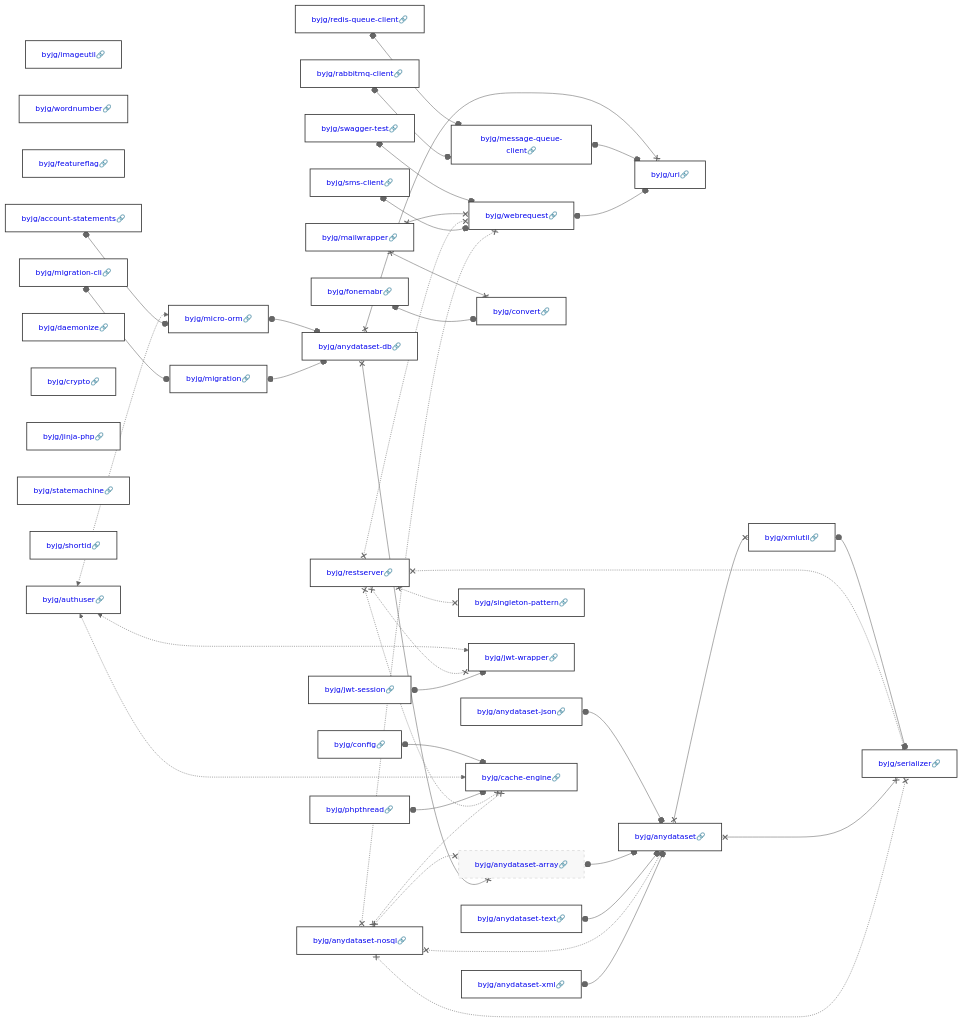
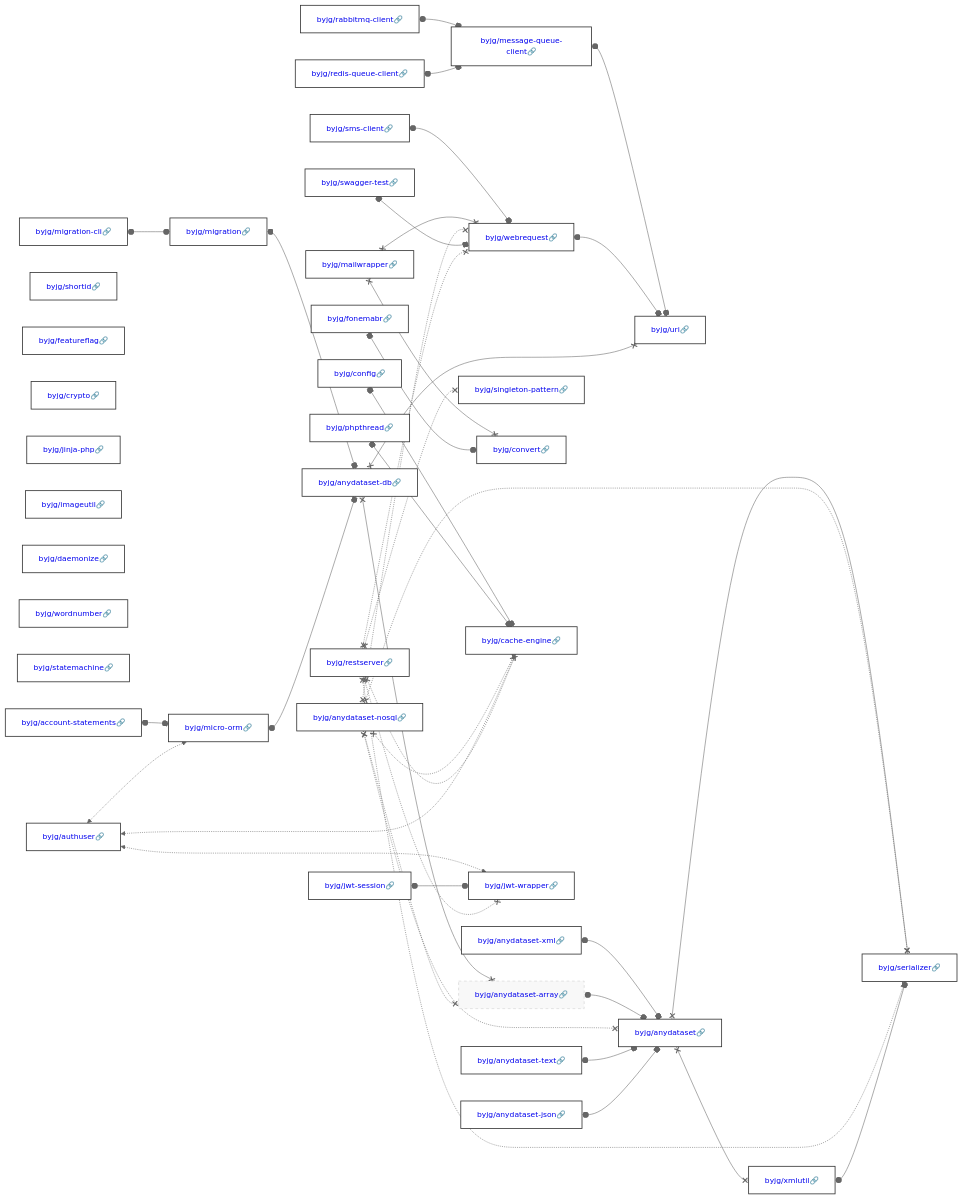
The diagram in docs/php/README.md (byjg/byjg.github.io), drawn with Mermaid (neutral theme) before and after one commit. The commit also changed other lines of this file, not shown here.

Commit message:
Update documentation 'php' 'php-restserver'

````diff
--- a/docs/php/README.md
+++ b/docs/php/README.md
@@ -3,82 +3,82 @@
 ```mermaid
 graph LR;
+  byjg/account-statements[<a href='https://opensource.byjg.com/docs/php/account-statements' style='text-decoration:none'>byjg/account-statements🔗</a>];
+  byjg/jwt-session[<a href='https://opensource.byjg.com/docs/php/jwt-session' style='text-decoration:none'>byjg/jwt-session🔗</a>];
+  byjg/mailwrapper[<a href='https://opensource.byjg.com/docs/php/mailwrapper' style='text-decoration:none'>byjg/mailwrapper🔗</a>];
+  byjg/sms-client[<a href='https://opensource.byjg.com/docs/php/sms-client' style='text-decoration:none'>byjg/sms-client🔗</a>];
+  byjg/shortid[<a href='https://opensource.byjg.com/docs/php/shortid' style='text-decoration:none'>byjg/shortid🔗</a>];
+  byjg/anydataset-text[<a href='https://opensource.byjg.com/docs/php/anydataset-text' style='text-decoration:none'>byjg/anydataset-text🔗</a>];
+  byjg/featureflag[<a href='https://opensource.byjg.com/docs/php/featureflag' style='text-decoration:none'>byjg/featureflag🔗</a>];
+  byjg/crypto[<a href='https://opensource.byjg.com/docs/php/crypto' style='text-decoration:none'>byjg/crypto🔗</a>];
+  byjg/restserver[<a href='https://opensource.byjg.com/docs/php/restserver' style='text-decoration:none'>byjg/restserver🔗</a>];
+  byjg/fonemabr[<a href='https://opensource.byjg.com/docs/php/fonemabr' style='text-decoration:none'>byjg/fonemabr🔗</a>];
+  byjg/config[<a href='https://opensource.byjg.com/docs/php/config' style='text-decoration:none'>byjg/config🔗</a>];
+  byjg/jinja-php[<a href='https://opensource.byjg.com/docs/php/jinja-php' style='text-decoration:none'>byjg/jinja-php🔗</a>];
   byjg/imageutil[<a href='https://opensource.byjg.com/docs/php/imageutil' style='text-decoration:none'>byjg/imageutil🔗</a>];
+  byjg/anydataset-nosql[<a href='https://opensource.byjg.com/docs/php/anydataset-nosql' style='text-decoration:none'>byjg/anydataset-nosql🔗</a>];
+  byjg/anydataset-json[<a href='https://opensource.byjg.com/docs/php/anydataset-json' style='text-decoration:none'>byjg/anydataset-json🔗</a>];
+  byjg/rabbitmq-client[<a href='https://opensource.byjg.com/docs/php/rabbitmq-client' style='text-decoration:none'>byjg/rabbitmq-client🔗</a>];
+  byjg/daemonize[<a href='https://opensource.byjg.com/docs/php/daemonize' style='text-decoration:none'>byjg/daemonize🔗</a>];
+  byjg/phpthread[<a href='https://opensource.byjg.com/docs/php/phpthread' style='text-decoration:none'>byjg/phpthread🔗</a>];
   byjg/wordnumber[<a href='https://opensource.byjg.com/docs/php/wordnumber' style='text-decoration:none'>byjg/wordnumber🔗</a>];
-  byjg/anydataset-json[<a href='https://opensource.byjg.com/docs/php/anydataset-json' style='text-decoration:none'>byjg/anydataset-json🔗</a>];
-  byjg/featureflag[<a href='https://opensource.byjg.com/docs/php/featureflag' style='text-decoration:none'>byjg/featureflag🔗</a>];
-  byjg/phpthread[<a href='https://opensource.byjg.com/docs/php/phpthread' style='text-decoration:none'>byjg/phpthread🔗</a>];
-  byjg/account-statements[<a href='https://opensource.byjg.com/docs/php/account-statements' style='text-decoration:none'>byjg/account-statements🔗</a>];
+  byjg/swagger-test[<a href='https://opensource.byjg.com/docs/php/swagger-test' style='text-decoration:none'>byjg/swagger-test🔗</a>];
+  byjg/statemachine[<a href='https://opensource.byjg.com/docs/php/statemachine' style='text-decoration:none'>byjg/statemachine🔗</a>];
+  byjg/migration-cli[<a href='https://opensource.byjg.com/docs/php/migration-cli' style='text-decoration:none'>byjg/migration-cli🔗</a>];
+  byjg/anydataset-xml[<a href='https://opensource.byjg.com/docs/php/anydataset-xml' style='text-decoration:none'>byjg/anydataset-xml🔗</a>];
   byjg/authuser[<a href='https://opensource.byjg.com/docs/php/authuser' style='text-decoration:none'>byjg/authuser🔗</a>];
-  byjg/fonemabr[<a href='https://opensource.byjg.com/docs/php/fonemabr' style='text-decoration:none'>byjg/fonemabr🔗</a>];
-  byjg/mailwrapper[<a href='https://opensource.byjg.com/docs/php/mailwrapper' style='text-decoration:none'>byjg/mailwrapper🔗</a>];
-  byjg/daemonize[<a href='https://opensource.byjg.com/docs/php/daemonize' style='text-decoration:none'>byjg/daemonize🔗</a>];
-  byjg/jwt-session[<a href='https://opensource.byjg.com/docs/php/jwt-session' style='text-decoration:none'>byjg/jwt-session🔗</a>];
-  byjg/anydataset-text[<a href='https://opensource.byjg.com/docs/php/anydataset-text' style='text-decoration:none'>byjg/anydataset-text🔗</a>];
-  byjg/config[<a href='https://opensource.byjg.com/docs/php/config' style='text-decoration:none'>byjg/config🔗</a>];
-  byjg/crypto[<a href='https://opensource.byjg.com/docs/php/crypto' style='text-decoration:none'>byjg/crypto🔗</a>];
-  byjg/sms-client[<a href='https://opensource.byjg.com/docs/php/sms-client' style='text-decoration:none'>byjg/sms-client🔗</a>];
-  byjg/rabbitmq-client[<a href='https://opensource.byjg.com/docs/php/rabbitmq-client' style='text-decoration:none'>byjg/rabbitmq-client🔗</a>];
-  byjg/jinja-php[<a href='https://opensource.byjg.com/docs/php/jinja-php' style='text-decoration:none'>byjg/jinja-php🔗</a>];
-  byjg/statemachine[<a href='https://opensource.byjg.com/docs/php/statemachine' style='text-decoration:none'>byjg/statemachine🔗</a>];
-  byjg/swagger-test[<a href='https://opensource.byjg.com/docs/php/swagger-test' style='text-decoration:none'>byjg/swagger-test🔗</a>];
   byjg/redis-queue-client[<a href='https://opensource.byjg.com/docs/php/redis-queue-client' style='text-decoration:none'>byjg/redis-queue-client🔗</a>];
-  byjg/restserver[<a href='https://opensource.byjg.com/docs/php/restserver' style='text-decoration:none'>byjg/restserver🔗</a>];
-  byjg/shortid[<a href='https://opensource.byjg.com/docs/php/shortid' style='text-decoration:none'>byjg/shortid🔗</a>];
-  byjg/anydataset-nosql[<a href='https://opensource.byjg.com/docs/php/anydataset-nosql' style='text-decoration:none'>byjg/anydataset-nosql🔗</a>];
-  byjg/anydataset-xml[<a href='https://opensource.byjg.com/docs/php/anydataset-xml' style='text-decoration:none'>byjg/anydataset-xml🔗</a>];
-  byjg/migration-cli[<a href='https://opensource.byjg.com/docs/php/migration-cli' style='text-decoration:none'>byjg/migration-cli🔗</a>];
+  byjg/singleton-pattern[<a href='https://opensource.byjg.com/docs/php/singleton-pattern' style='text-decoration:none'>byjg/singleton-pattern🔗</a>];
+  byjg/convert[<a href='https://opensource.byjg.com/docs/php/convert' style='text-decoration:none'>byjg/convert🔗</a>];
+  byjg/webrequest[<a href='https://opensource.byjg.com/docs/php/webrequest' style='text-decoration:none'>byjg/webrequest🔗</a>];
+  byjg/migration[<a href='https://opensource.byjg.com/docs/php/migration' style='text-decoration:none'>byjg/migration🔗</a>];
   byjg/micro-orm[<a href='https://opensource.byjg.com/docs/php/micro-orm' style='text-decoration:none'>byjg/micro-orm🔗</a>];
-  byjg/convert[<a href='https://opensource.byjg.com/docs/php/convert' style='text-decoration:none'>byjg/convert🔗</a>];
+  byjg/cache-engine[<a href='https://opensource.byjg.com/docs/php/cache-engine' style='text-decoration:none'>byjg/cache-engine🔗</a>];
+  byjg/jwt-wrapper[<a href='https://opensource.byjg.com/docs/php/jwt-wrapper' style='text-decoration:none'>byjg/jwt-wrapper🔗</a>];
   byjg/message-queue-client[<a href='https://opensource.byjg.com/docs/php/message-queue-client' style='text-decoration:none'>byjg/message-queue-client🔗</a>];
-  byjg/singleton-pattern[<a href='https://opensource.byjg.com/docs/php/singleton-pattern' style='text-decoration:none'>byjg/singleton-pattern🔗</a>];
-  byjg/jwt-wrapper[<a href='https://opensource.byjg.com/docs/php/jwt-wrapper' style='text-decoration:none'>byjg/jwt-wrapper🔗</a>];
-  byjg/webrequest[<a href='https://opensource.byjg.com/docs/php/webrequest' style='text-decoration:none'>byjg/webrequest🔗</a>];
-  byjg/cache-engine[<a href='https://opensource.byjg.com/docs/php/cache-engine' style='text-decoration:none'>byjg/cache-engine🔗</a>];
-  byjg/migration[<a href='https://opensource.byjg.com/docs/php/migration' style='text-decoration:none'>byjg/migration🔗</a>];
   byjg/anydataset-db[<a href='https://opensource.byjg.com/docs/php/anydataset-db' style='text-decoration:none'>byjg/anydataset-db🔗</a>];
   byjg/anydataset-array[<a href='https://opensource.byjg.com/docs/php/anydataset-array' style='text-decoration:none'>byjg/anydataset-array🔗</a>];
   byjg/uri[<a href='https://opensource.byjg.com/docs/php/uri' style='text-decoration:none'>byjg/uri🔗</a>];
   byjg/anydataset[<a href='https://opensource.byjg.com/docs/php/anydataset' style='text-decoration:none'>byjg/anydataset🔗</a>];
   byjg/xmlutil[<a href='https://opensource.byjg.com/docs/php/xmlutil' style='text-decoration:none'>byjg/xmlutil🔗</a>];
   byjg/serializer[<a href='https://opensource.byjg.com/docs/php/serializer' style='text-decoration:none'>byjg/serializer🔗</a>];
-  byjg/jwt-session o--o byjg/jwt-wrapper;
+  byjg/sms-client o--o byjg/webrequest;
+  byjg/mailwrapper x--x byjg/convert;
+  byjg/mailwrapper x--x byjg/webrequest;
+  byjg/config o--o byjg/cache-engine;
+  byjg/anydataset x--x byjg/serializer;
+  byjg/anydataset x--x byjg/xmlutil;
+  byjg/message-queue-client o--o byjg/uri;
+  byjg/phpthread o--o byjg/cache-engine;
   byjg/webrequest o--o byjg/uri;
-  byjg/migration o--o byjg/anydataset-db;
-  byjg/message-queue-client o--o byjg/uri;
+  byjg/rabbitmq-client o--o byjg/message-queue-client;
   byjg/anydataset-xml o--o byjg/anydataset;
+  byjg/redis-queue-client o--o byjg/message-queue-client;
   byjg/anydataset-db x--x byjg/anydataset-array;
   byjg/anydataset-db x--x byjg/uri;
-  byjg/micro-orm o--o byjg/anydataset-db;
+  byjg/anydataset-array o--o byjg/anydataset;
   byjg/anydataset-nosql x-.-x byjg/anydataset;
   byjg/anydataset-nosql x-.-x byjg/anydataset-array;
   byjg/anydataset-nosql x-.-x byjg/serializer;
   byjg/anydataset-nosql x-.-x byjg/webrequest;
   byjg/anydataset-nosql x-.-x byjg/cache-engine;
-  byjg/sms-client o--o byjg/webrequest;
-  byjg/rabbitmq-client o--o byjg/message-queue-client;
-  byjg/anydataset x--x byjg/serializer;
-  byjg/anydataset x--x byjg/xmlutil;
+  byjg/swagger-test o--o byjg/webrequest;
+  byjg/anydataset-text o--o byjg/anydataset;
+  byjg/account-statements o--o byjg/micro-orm;
+  byjg/authuser <-.-> byjg/micro-orm;
+  byjg/authuser <-.-> byjg/cache-engine;
+  byjg/authuser <-.-> byjg/jwt-wrapper;
+  byjg/migration o--o byjg/anydataset-db;
+  byjg/migration-cli o--o byjg/migration;
+  byjg/anydataset-json o--o byjg/anydataset;
+  byjg/micro-orm o--o byjg/anydataset-db;
   byjg/fonemabr o--o byjg/convert;
-  byjg/account-statements o--o byjg/micro-orm;
-  byjg/migration-cli o--o byjg/migration;
+  byjg/jwt-session o--o byjg/jwt-wrapper;
   byjg/restserver x-.-x byjg/serializer;
   byjg/restserver x-.-x byjg/singleton-pattern;
   byjg/restserver x-.-x byjg/cache-engine;
   byjg/restserver x-.-x byjg/webrequest;
   byjg/restserver x-.-x byjg/jwt-wrapper;
-  byjg/phpthread o--o byjg/cache-engine;
   byjg/xmlutil o--o byjg/serializer;
-  byjg/mailwrapper x--x byjg/convert;
-  byjg/mailwrapper x--x byjg/webrequest;
-  byjg/anydataset-text o--o byjg/anydataset;
-  byjg/anydataset-array o--o byjg/anydataset;
-  byjg/authuser <-.-> byjg/micro-orm;
-  byjg/authuser <-.-> byjg/cache-engine;
-  byjg/authuser <-.-> byjg/jwt-wrapper;
-  byjg/config o--o byjg/cache-engine;
-  byjg/swagger-test o--o byjg/webrequest;
-  byjg/anydataset-json o--o byjg/anydataset;
-  byjg/redis-queue-client o--o byjg/message-queue-client;
   classDef default fill:#ffffff,stroke:#333,stroke-width:1.5px,color:#000,font-size:14px;
   classDef highlight fill:#ffef96,stroke:#ff9900,stroke-width:3px;
   classDef deprecated fill:#f8f8f8,stroke:#cccccc,stroke-dasharray: 5 5,stroke-width:1px,color:#999;
````
